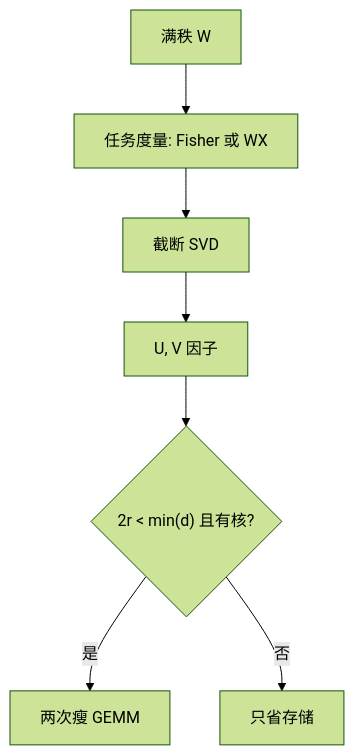
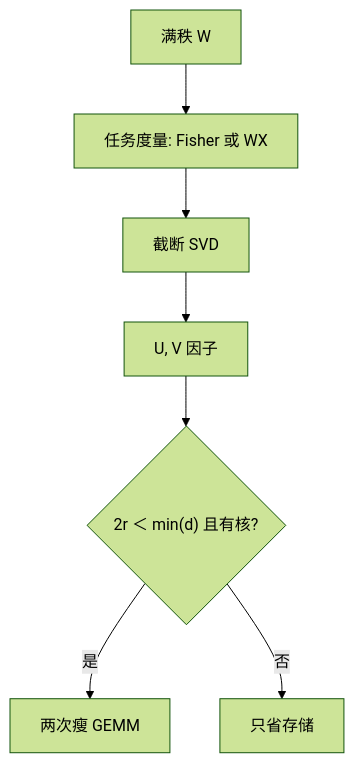
One commit to xhongduo-tech/xhongduo-tech.github.io changed the diagram in docs/llm/low-rank-factorization.md. Above: the diagram before and after it, drawn with Mermaid (forest theme). The commit also changed 772 other files, not shown here.

````diff
--- a/docs/llm/low-rank-factorization.md
+++ b/docs/llm/low-rank-factorization.md
@@ -28,9 +28,9 @@
 ```mermaid
 flowchart TD
   W["满秩 W"] --> MET["任务度量: Fisher 或 WX"]
   MET --> SVD["截断 SVD"]
   SVD --> UV["U, V 因子"]
-  UV --> FUSE{"2r < min(d) 且有核?"}
+  UV --> FUSE{"2r ＜ min(d) 且有核?"}
   FUSE -->|是| FAST["两次瘦 GEMM"]
   FUSE -->|否| MEM["只省存储"]
 ```
````
